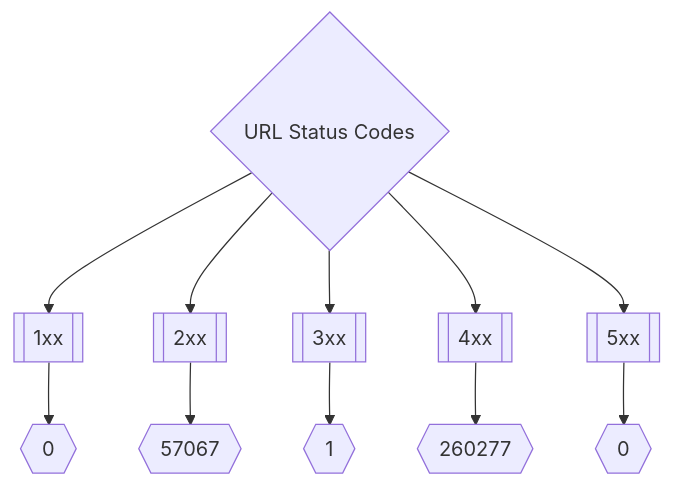
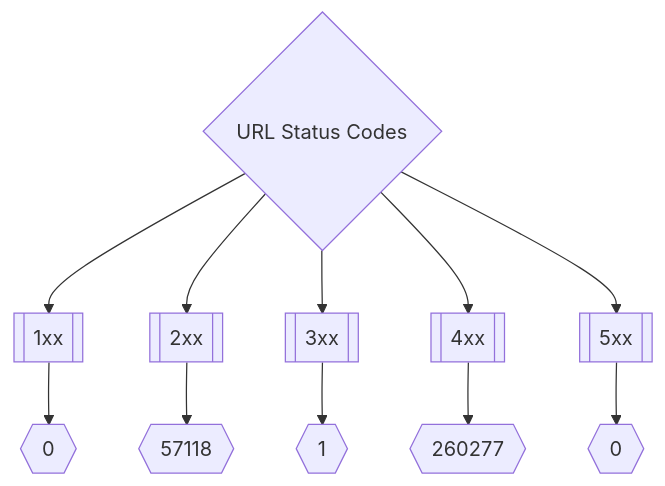
The second of 3 diagrams in README.md (trickest/inventory), drawn with Mermaid before and after one commit. The commit also changed other lines of this file, not shown here.

Commit message:
Update Tue Apr  5 01:09:37 UTC 2022

````diff
--- a/README.md
+++ b/README.md
@@ -173,8 +173,8 @@
 ```mermaid
 graph TD
 title{URL Status Codes} --> 1xx[[1xx]] --> status1xxNum{{0}}
-title --> 2xx[[2xx]] --> status2xxNum{{57067}}
+title --> 2xx[[2xx]] --> status2xxNum{{57118}}
 title --> 3xx[[3xx]] --> status3xxNum{{1}}
 title --> 4xx[[4xx]] --> status4xxNum{{260277}}
 title --> 5xx[[5xx]] --> status5xxNum{{0}}
 ```
````
